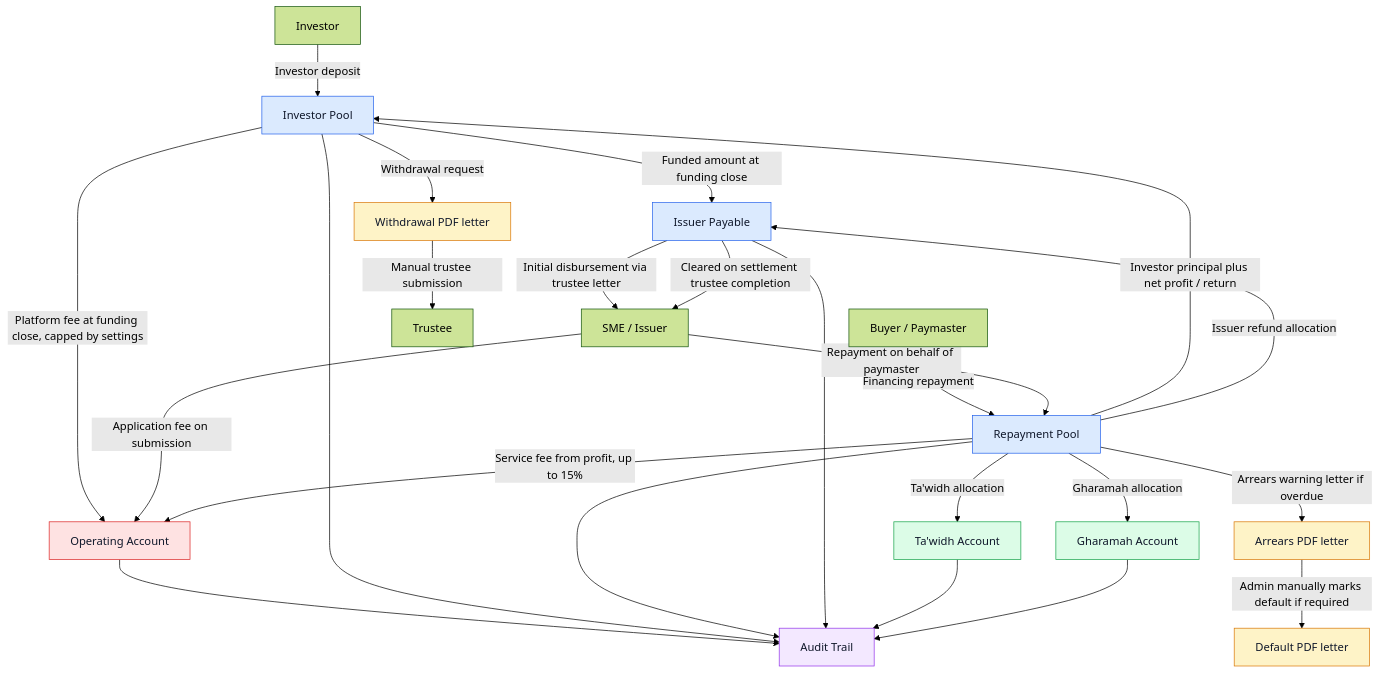
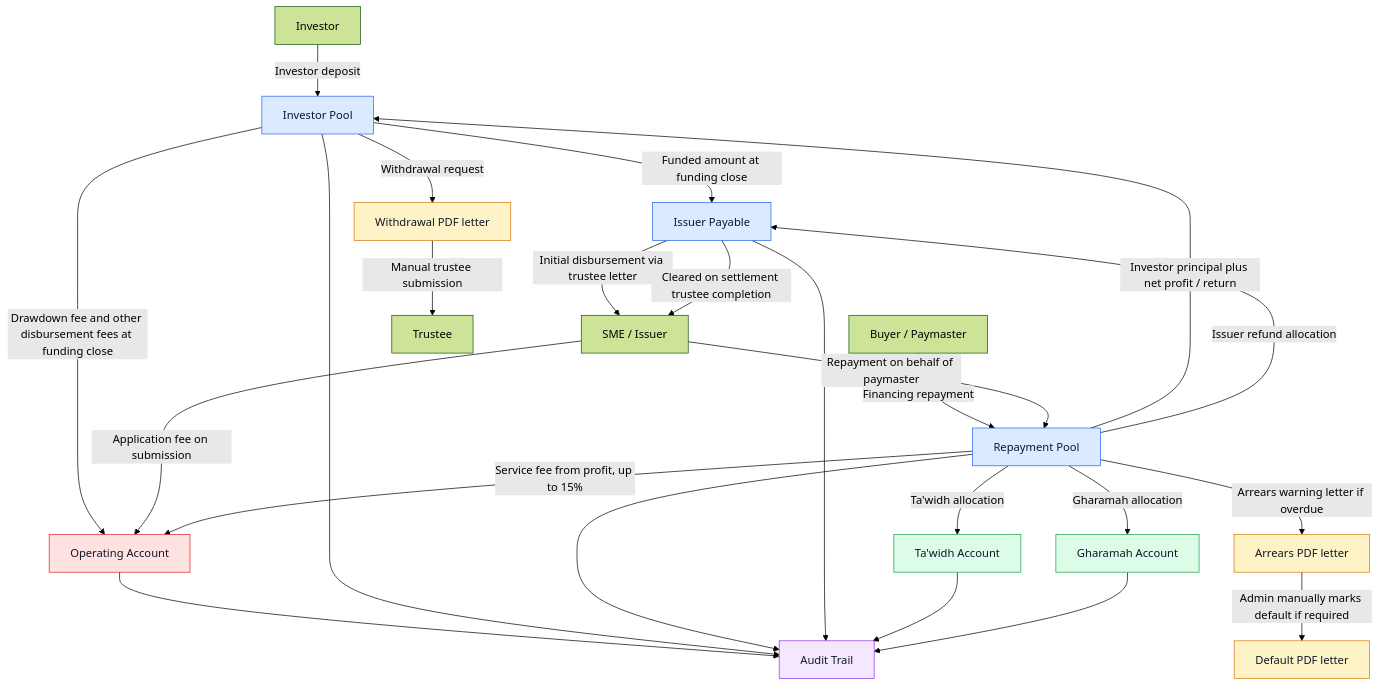
The diagram in packages/help-content/markdown/admin-note-money-flow.md (Malcan-Technologies/shoraka), drawn with Mermaid (forest theme) before and after one commit. The commit also changed other lines of this file and 130 other files, not shown here.

````diff
--- a/packages/help-content/markdown/admin-note-money-flow.md
+++ b/packages/help-content/markdown/admin-note-money-flow.md
@@ -85,38 +85,38 @@
 ```mermaid
 flowchart TD
   investor["Investor"] -->|"Investor deposit"| investorPool["Investor Pool"]
   investorPool -->|"Funded amount at funding close"| issuerPayable["Issuer Payable"]
-  investorPool -->|"Platform fee at funding close, capped by settings"| operating["Operating Account"]
+  investorPool -->|"Drawdown fee and other disbursement fees at funding close"| operating["Operating Account"]
   issuerPayable -->|"Initial disbursement via trustee letter"| issuer["SME / Issuer"]
   issuer -->|"Application fee on submission"| operating
   paymaster["Buyer / Paymaster"] -->|"Financing repayment"| repaymentPool["Repayment Pool"]
   issuer -->|"Repayment on behalf of paymaster"| repaymentPool
   repaymentPool -->|"Investor principal plus net profit / return"| investorPool
   repaymentPool -->|"Service fee from profit, up to 15%"| operating
   repaymentPool -->|"Issuer refund allocation"| issuerPayable
   issuerPayable -->|"Cleared on settlement trustee completion"| issuer
   repaymentPool -->|"Ta'widh allocation"| tawidh["Ta'widh Account"]
   repaymentPool -->|"Gharamah allocation"| gharamah["Gharamah Account"]
   investorPool -->|"Withdrawal request"| withdrawalLetter["Withdrawal PDF letter"]
   withdrawalLetter -->|"Manual trustee submission"| trustee["Trustee"]
   repaymentPool -->|"Arrears warning letter if overdue"| arrearsLetter["Arrears PDF letter"]
   arrearsLetter -->|"Admin manually marks default if required"| defaultLetter["Default PDF letter"]
   operating --> audit["Audit Trail"]
   investorPool --> audit
   repaymentPool --> audit
   issuerPayable --> audit
   tawidh --> audit
   gharamah --> audit
 
   class investorPool,repaymentPool,issuerPayable pool
   class operating operatingAccount
   class tawidh,gharamah syariahAccount
   class withdrawalLetter,arrearsLetter,defaultLetter documentStep
   class audit auditStep
 
   classDef pool fill:#dbeafe,stroke:#2563eb,color:#0f172a
   classDef operatingAccount fill:#fee2e2,stroke:#dc2626,color:#0f172a
   classDef syariahAccount fill:#dcfce7,stroke:#16a34a,color:#0f172a
   classDef documentStep fill:#fef3c7,stroke:#d97706,color:#0f172a
   classDef auditStep fill:#f3e8ff,stroke:#9333ea,color:#0f172a
 ```
````
